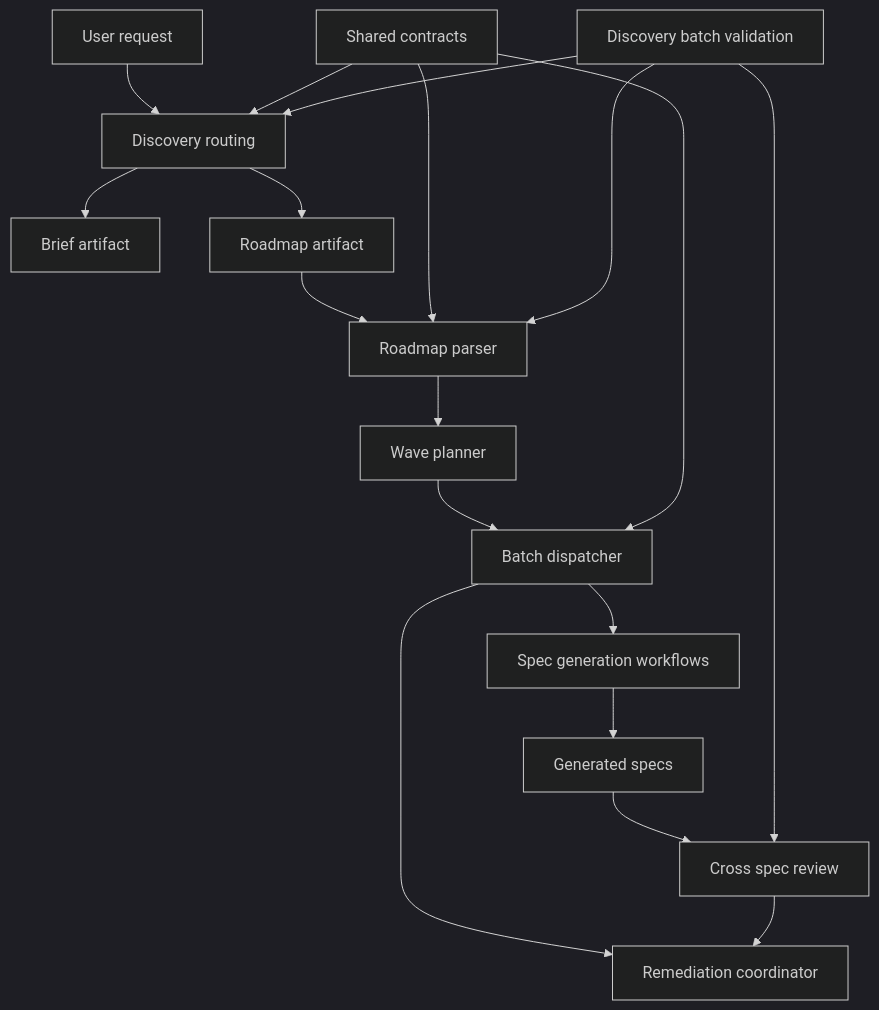
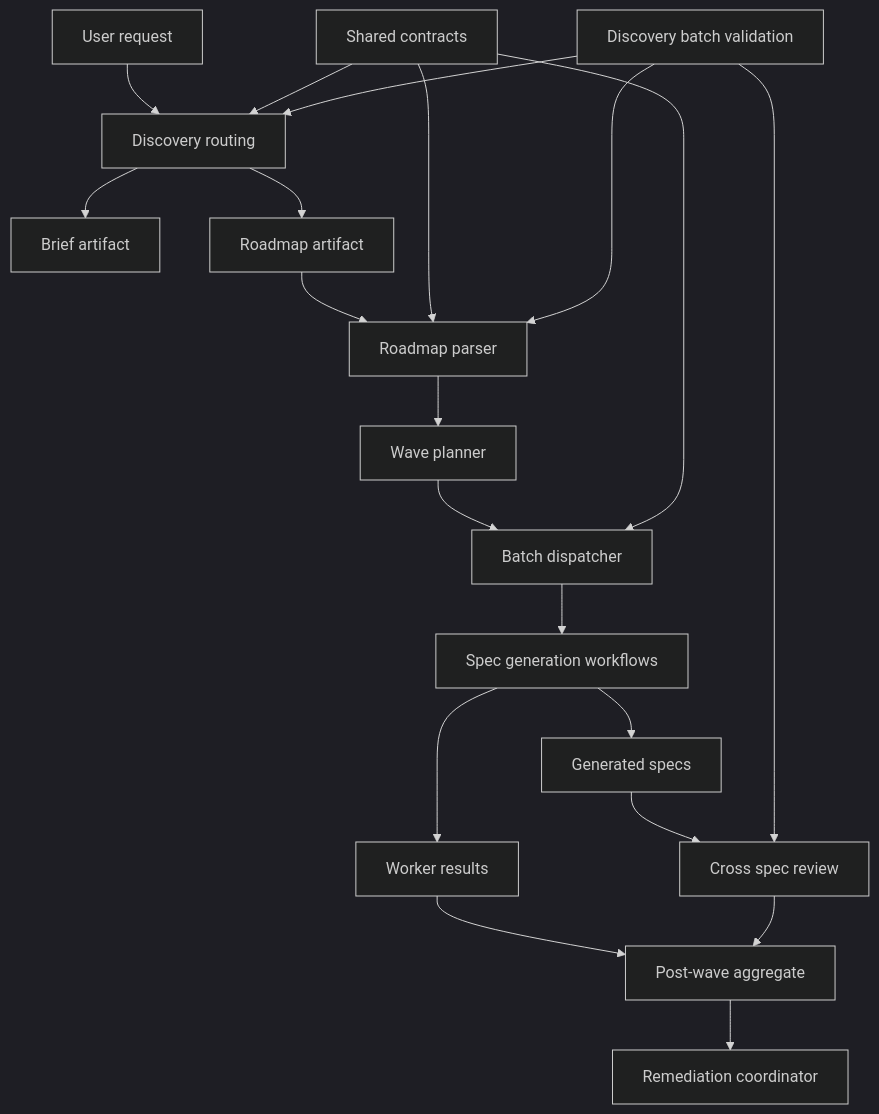
The first of 3 diagrams in .kiro/specs/kiro-discovery-batch-workflows/design.md (j5ik2o/takt-sdd), drawn with Mermaid (dark theme) before and after one commit. The commit also changed 1 other file, not shown here.

Commit message:
fix(kiro-workflow-surface): align spec review traces

````diff
--- a/.kiro/specs/kiro-discovery-batch-workflows/design.md
+++ b/.kiro/specs/kiro-discovery-batch-workflows/design.md
@@ -70,20 +70,22 @@
 ```mermaid
 graph TB
     User[User request] --> Discovery[Discovery routing]
     Discovery --> Brief[Brief artifact]
     Discovery --> Roadmap[Roadmap artifact]
     Roadmap --> Parser[Roadmap parser]
     Parser --> Planner[Wave planner]
     Planner --> Dispatcher[Batch dispatcher]
     Dispatcher --> Generation[Spec generation workflows]
-    Dispatcher --> Remediation[Remediation coordinator]
     Generation --> Specs[Generated specs]
+    Generation --> WorkerResults[Worker results]
     Specs --> CrossReview[Cross spec review]
-    CrossReview --> Remediation[Remediation coordinator]
+    WorkerResults --> ReviewAggregate[Post-wave aggregate]
+    CrossReview --> ReviewAggregate
+    ReviewAggregate --> Remediation[Remediation coordinator]
     Shared[Shared contracts] --> Discovery
     Shared --> Parser
     Shared --> Dispatcher
     Validation[Discovery batch validation] --> Discovery
     Validation --> Parser
     Validation --> CrossReview
 ```
````
